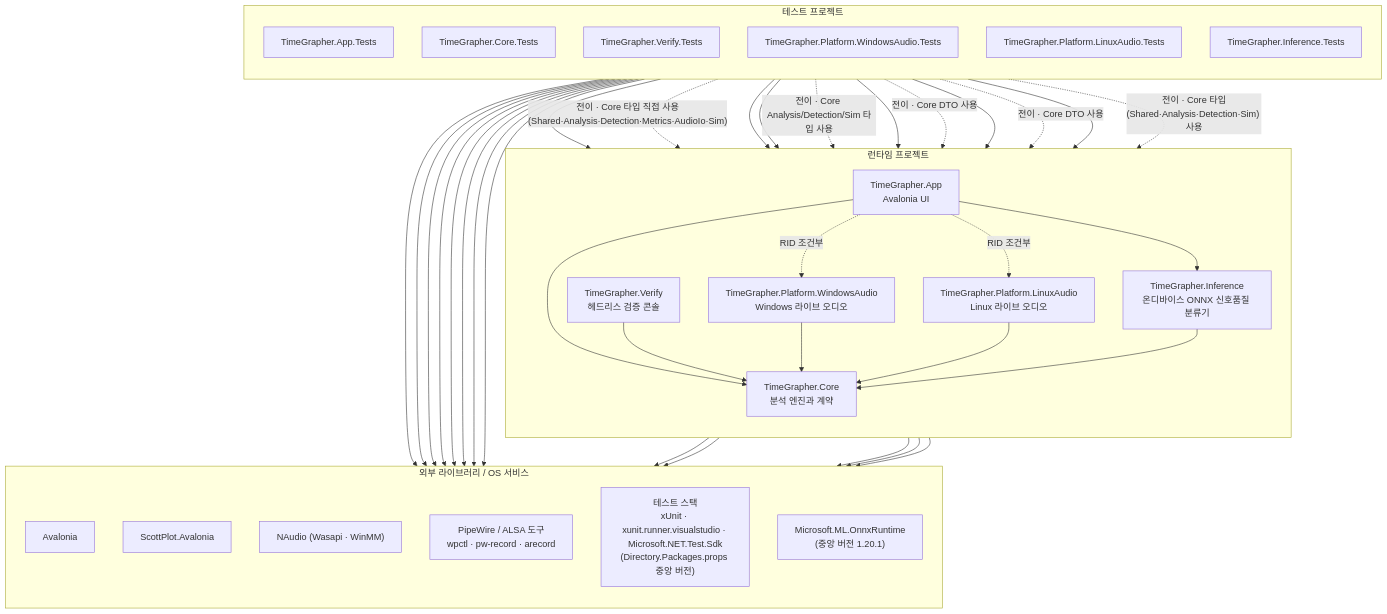
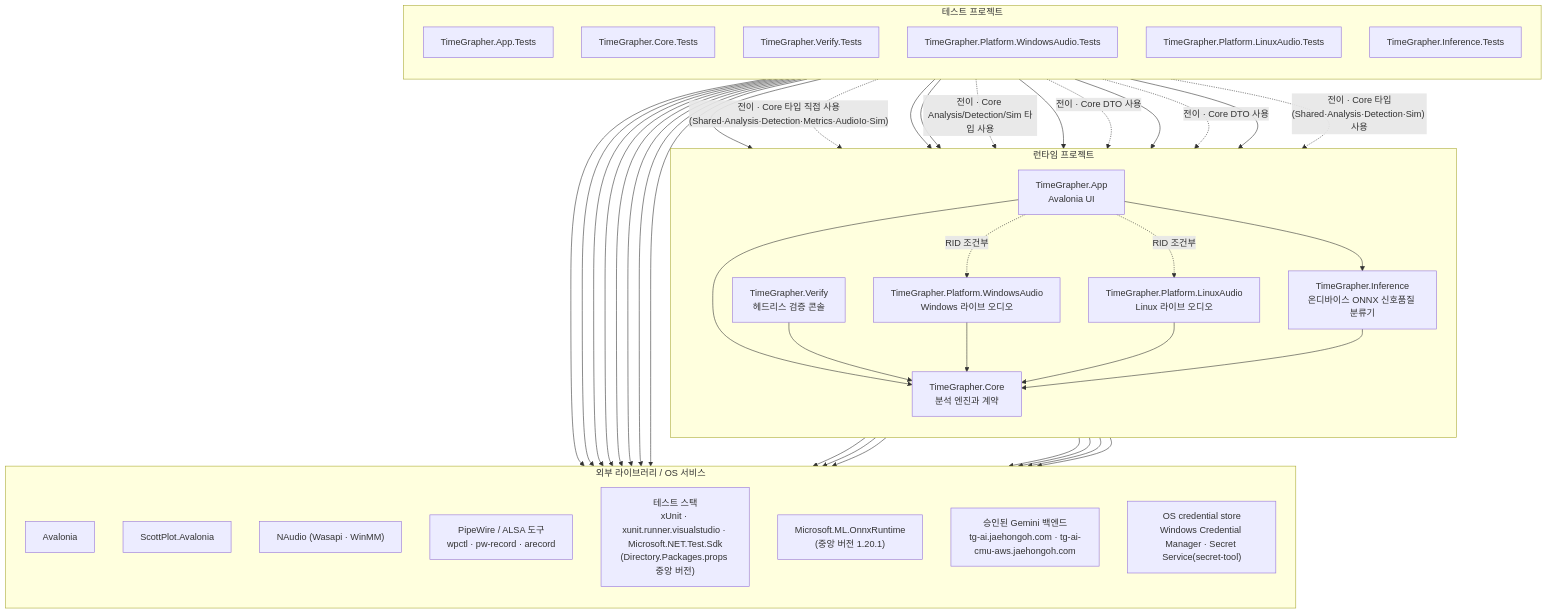
The first of 3 diagrams in docs/for-ai/MODULE_USES_VIEW.md (Jae-hong-5/TimeGrapher-Net), drawn with Mermaid before and after one commit. The commit also changed other lines of this file and 2 other files, not shown here.

First line of the commit message:
docs(ai): document app AI boundaries

````diff
--- a/docs/for-ai/MODULE_USES_VIEW.md
+++ b/docs/for-ai/MODULE_USES_VIEW.md
@@ -9,67 +9,71 @@
 ```mermaid
 flowchart TB
     subgraph Runtime["런타임 프로젝트"]
         direction TB
         App["TimeGrapher.App<br/>Avalonia UI"]
         Verify["TimeGrapher.Verify<br/>헤드리스 검증 콘솔"]
         WindowsAudio["TimeGrapher.Platform.WindowsAudio<br/>Windows 라이브 오디오"]
         LinuxAudio["TimeGrapher.Platform.LinuxAudio<br/>Linux 라이브 오디오"]
         Inference["TimeGrapher.Inference<br/>온디바이스 ONNX 신호품질 분류기"]
         Core["TimeGrapher.Core<br/>분석 엔진과 계약"]
     end
 
     subgraph Tests["테스트 프로젝트"]
         direction TB
         AppTests["TimeGrapher.App.Tests"]
         CoreTests["TimeGrapher.Core.Tests"]
         VerifyTests["TimeGrapher.Verify.Tests"]
         WindowsAudioTests["TimeGrapher.Platform.WindowsAudio.Tests"]
         LinuxAudioTests["TimeGrapher.Platform.LinuxAudio.Tests"]
         InferenceTests["TimeGrapher.Inference.Tests"]
     end
 
     subgraph External["외부 라이브러리 / OS 서비스"]
         direction TB
         Avalonia["Avalonia"]
         ScottPlot["ScottPlot.Avalonia"]
         NAudio["NAudio (Wasapi · WinMM)"]
         LinuxAudioStack["PipeWire / ALSA 도구<br/>wpctl · pw-record · arecord"]
         Xunit["테스트 스택<br/>xUnit · xunit.runner.visualstudio · Microsoft.NET.Test.Sdk<br/>(Directory.Packages.props 중앙 버전)"]
         OnnxRuntime["Microsoft.ML.OnnxRuntime<br/>(중앙 버전 1.20.1)"]
+        AiBackends["승인된 Gemini 백엔드<br/>tg-ai.jaehongoh.com · tg-ai-cmu-aws.jaehongoh.com"]
+        CredentialStores["OS credential store<br/>Windows Credential Manager · Secret Service(secret-tool)"]
     end
 
     App --> Core
     App --> Inference
     App -. "RID 조건부" .-> WindowsAudio
     App -. "RID 조건부" .-> LinuxAudio
     Verify --> Core
     WindowsAudio --> Core
     LinuxAudio --> Core
     Inference --> Core
 
     AppTests --> App
     AppTests -. "전이 · Core 타입 직접 사용(Shared·Analysis·Detection·Metrics·AudioIo·Sim)" .-> Core
     CoreTests --> Core
     VerifyTests --> Verify
     VerifyTests -. "전이 · Core Analysis/Detection/Sim 타입 사용" .-> Core
     WindowsAudioTests --> WindowsAudio
     WindowsAudioTests -. "전이 · Core DTO 사용" .-> Core
     LinuxAudioTests --> LinuxAudio
     LinuxAudioTests -. "전이 · Core DTO 사용" .-> Core
     InferenceTests --> Inference
     InferenceTests -. "전이 · Core 타입(Shared·Analysis·Detection·Sim) 사용" .-> Core
 
     App --> Avalonia
     App --> ScottPlot
+    App --> AiBackends
+    App --> CredentialStores
     WindowsAudio --> NAudio
     LinuxAudio --> LinuxAudioStack
     Inference --> OnnxRuntime
     AppTests --> Avalonia
     AppTests --> ScottPlot
     AppTests --> Xunit
     CoreTests --> Xunit
     VerifyTests --> Xunit
     WindowsAudioTests --> Xunit
     LinuxAudioTests --> Xunit
     InferenceTests --> Xunit
 ```
````
